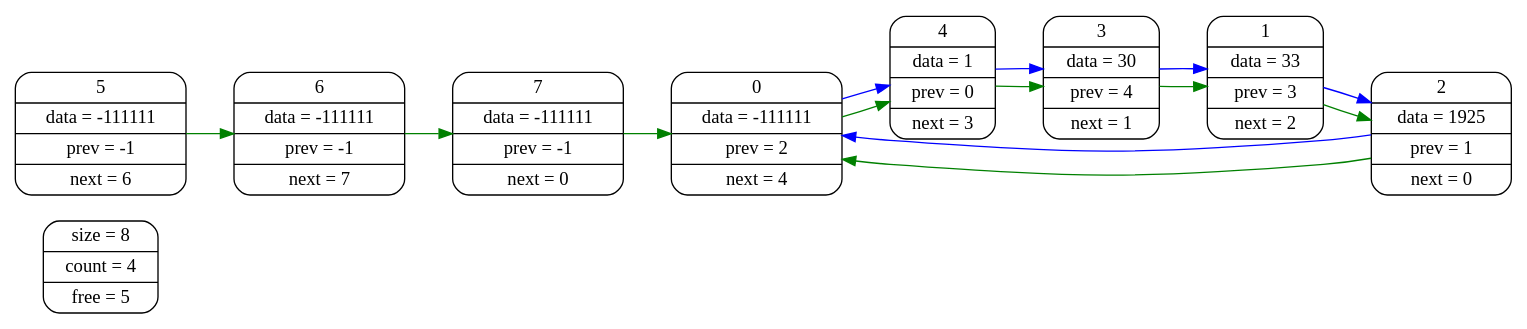
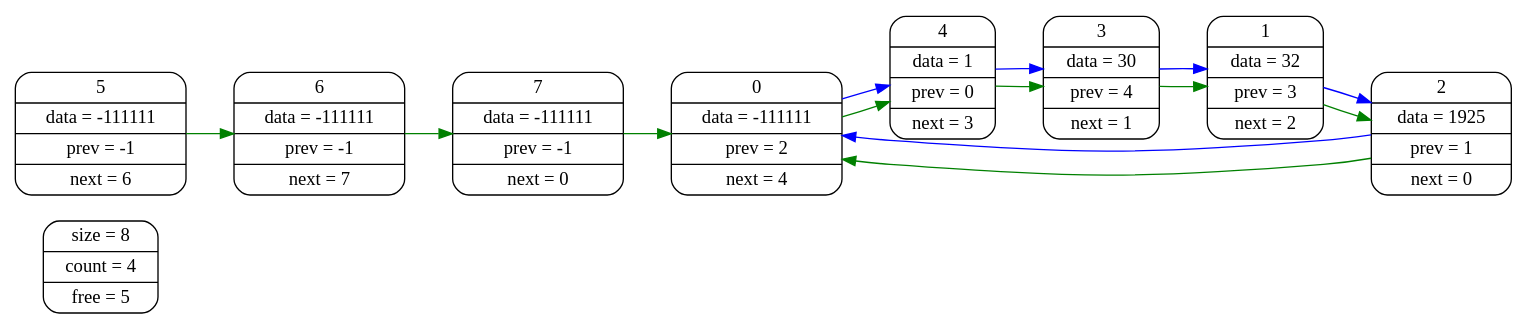
Before and after one commit to Lkz-10/List: the diagram in Dump.dot, drawn with Graphviz. The commit also changed 3 other files, not shown here.

```diff
--- a/Dump.dot
+++ b/Dump.dot
@@ -1,28 +1,28 @@
 digraph G
 {
    rankdir=LR;
    info [shape = Mrecord, label = "size =   8 | count =   4 | free =   5" ];
    0 [shape = Mrecord, label = "  0 | data = -111111 | prev =   2 | next =   4" ];
-   1 [shape = Mrecord, label = "  1 | data =      33 | prev =   3 | next =   2" ];
+   1 [shape = Mrecord, label = "  1 | data =      32 | prev =   3 | next =   2" ];
    2 [shape = Mrecord, label = "  2 | data =    1925 | prev =   1 | next =   0" ];
    3 [shape = Mrecord, label = "  3 | data =      30 | prev =   4 | next =   1" ];
    4 [shape = Mrecord, label = "  4 | data =       1 | prev =   0 | next =   3" ];
    5 [shape = Mrecord, label = "  5 | data = -111111 | prev =  -1 | next =   6" ];
    6 [shape = Mrecord, label = "  6 | data = -111111 | prev =  -1 | next =   7" ];
    7 [shape = Mrecord, label = "  7 | data = -111111 | prev =  -1 | next =   0" ];
    edge[color="green"];
    0 -> 4;
    1 -> 2;
    2 -> 0;
    3 -> 1;
    4 -> 3;
    5 -> 6;
    6 -> 7;
    7 -> 0;
    edge[color="blue"];
    2 -> 0;
    3 -> 1;
    1 -> 2;
    4 -> 3;
    0 -> 4;
 }
```
